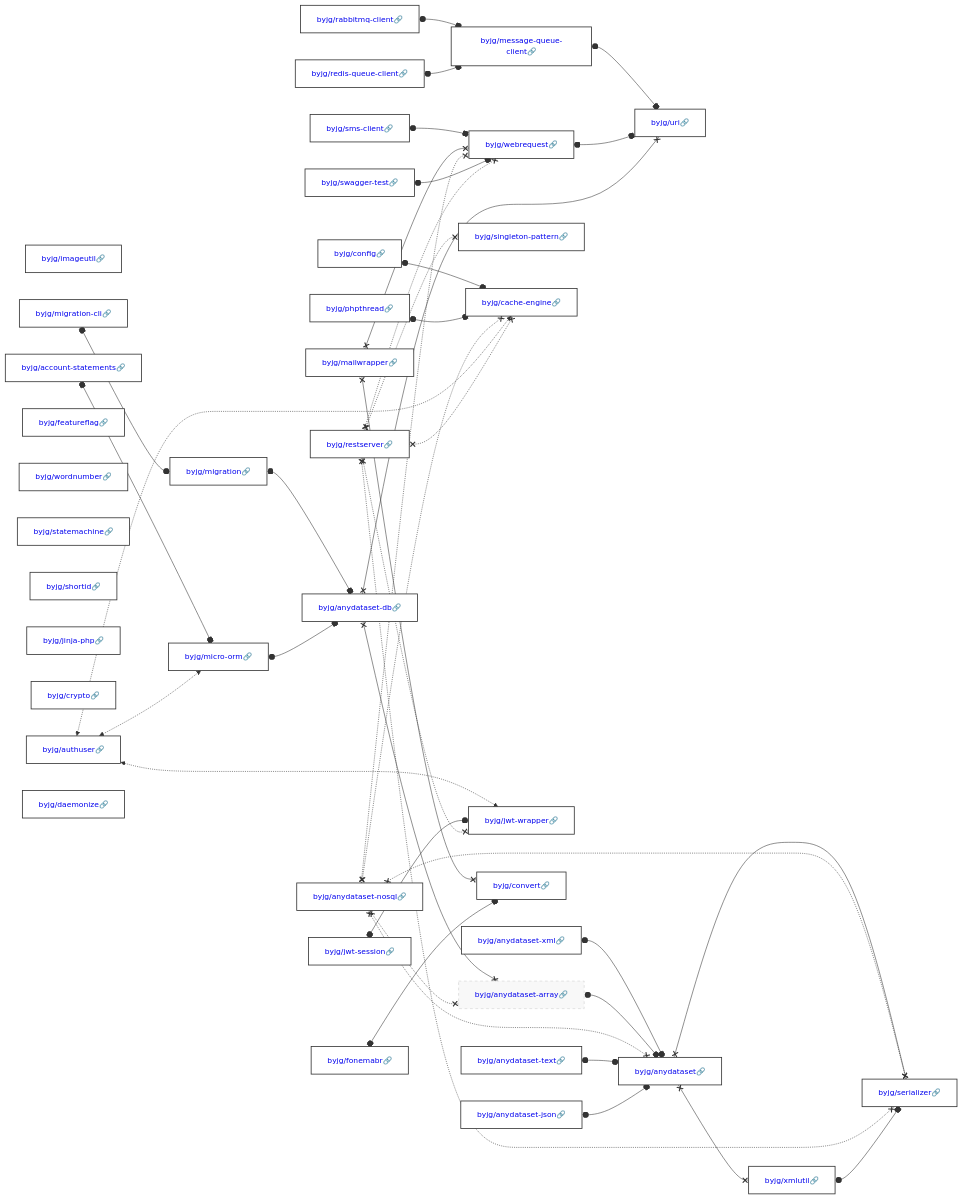
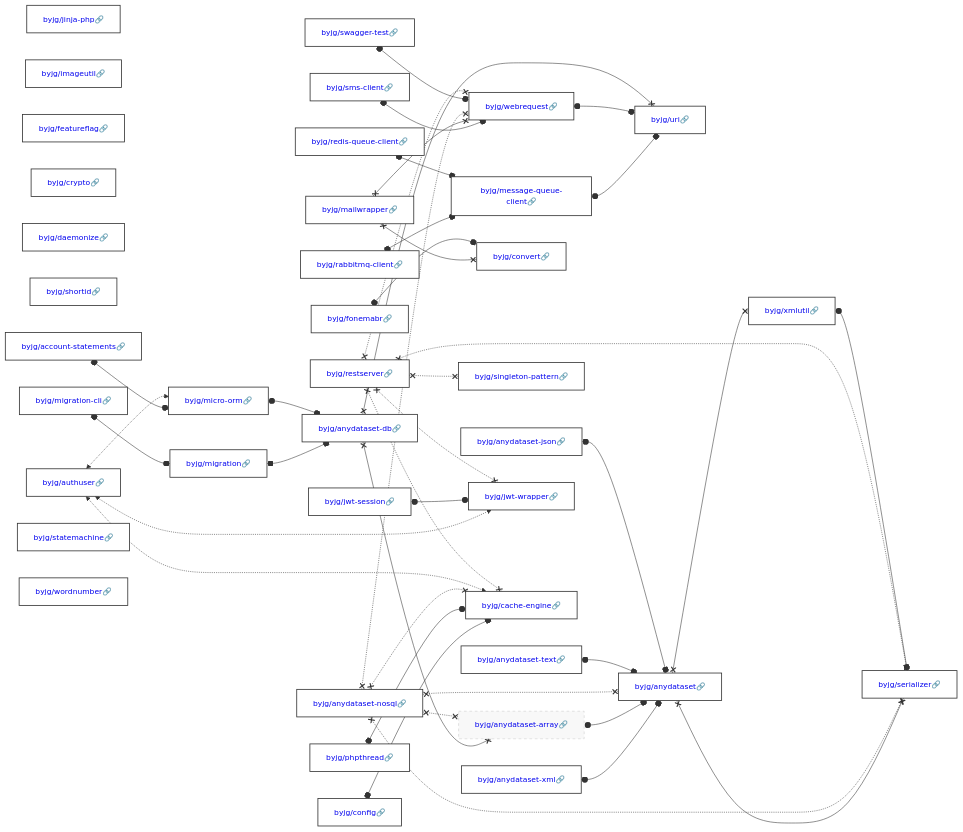
One commit to byjg/byjg.github.io changed the diagram in docs/php/README.md. Above: the diagram before and after it, drawn with Mermaid. The commit also changed other lines of this file, not shown here.

Commit message:
Update documentation 'php' 'php-account-statements'

````diff
--- a/docs/php/README.md
+++ b/docs/php/README.md
@@ -3,38 +3,38 @@
 ```mermaid
 graph LR;
+  byjg/anydataset-nosql[<a href='https://opensource.byjg.com/docs/php/anydataset-nosql' style='text-decoration:none'>byjg/anydataset-nosql🔗</a>];
+  byjg/jinja-php[<a href='https://opensource.byjg.com/docs/php/jinja-php' style='text-decoration:none'>byjg/jinja-php🔗</a>];
+  byjg/swagger-test[<a href='https://opensource.byjg.com/docs/php/swagger-test' style='text-decoration:none'>byjg/swagger-test🔗</a>];
+  byjg/imageutil[<a href='https://opensource.byjg.com/docs/php/imageutil' style='text-decoration:none'>byjg/imageutil🔗</a>];
+  byjg/sms-client[<a href='https://opensource.byjg.com/docs/php/sms-client' style='text-decoration:none'>byjg/sms-client🔗</a>];
   byjg/config[<a href='https://opensource.byjg.com/docs/php/config' style='text-decoration:none'>byjg/config🔗</a>];
+  byjg/fonemabr[<a href='https://opensource.byjg.com/docs/php/fonemabr' style='text-decoration:none'>byjg/fonemabr🔗</a>];
+  byjg/mailwrapper[<a href='https://opensource.byjg.com/docs/php/mailwrapper' style='text-decoration:none'>byjg/mailwrapper🔗</a>];
+  byjg/featureflag[<a href='https://opensource.byjg.com/docs/php/featureflag' style='text-decoration:none'>byjg/featureflag🔗</a>];
+  byjg/crypto[<a href='https://opensource.byjg.com/docs/php/crypto' style='text-decoration:none'>byjg/crypto🔗</a>];
+  byjg/daemonize[<a href='https://opensource.byjg.com/docs/php/daemonize' style='text-decoration:none'>byjg/daemonize🔗</a>];
+  byjg/rabbitmq-client[<a href='https://opensource.byjg.com/docs/php/rabbitmq-client' style='text-decoration:none'>byjg/rabbitmq-client🔗</a>];
+  byjg/jwt-session[<a href='https://opensource.byjg.com/docs/php/jwt-session' style='text-decoration:none'>byjg/jwt-session🔗</a>];
+  byjg/redis-queue-client[<a href='https://opensource.byjg.com/docs/php/redis-queue-client' style='text-decoration:none'>byjg/redis-queue-client🔗</a>];
+  byjg/anydataset-xml[<a href='https://opensource.byjg.com/docs/php/anydataset-xml' style='text-decoration:none'>byjg/anydataset-xml🔗</a>];
+  byjg/restserver[<a href='https://opensource.byjg.com/docs/php/restserver' style='text-decoration:none'>byjg/restserver🔗</a>];
+  byjg/shortid[<a href='https://opensource.byjg.com/docs/php/shortid' style='text-decoration:none'>byjg/shortid🔗</a>];
+  byjg/migration-cli[<a href='https://opensource.byjg.com/docs/php/migration-cli' style='text-decoration:none'>byjg/migration-cli🔗</a>];
+  byjg/account-statements[<a href='https://opensource.byjg.com/docs/php/account-statements' style='text-decoration:none'>byjg/account-statements🔗</a>];
+  byjg/anydataset-text[<a href='https://opensource.byjg.com/docs/php/anydataset-text' style='text-decoration:none'>byjg/anydataset-text🔗</a>];
+  byjg/authuser[<a href='https://opensource.byjg.com/docs/php/authuser' style='text-decoration:none'>byjg/authuser🔗</a>];
+  byjg/statemachine[<a href='https://opensource.byjg.com/docs/php/statemachine' style='text-decoration:none'>byjg/statemachine🔗</a>];
   byjg/phpthread[<a href='https://opensource.byjg.com/docs/php/phpthread' style='text-decoration:none'>byjg/phpthread🔗</a>];
-  byjg/anydataset-nosql[<a href='https://opensource.byjg.com/docs/php/anydataset-nosql' style='text-decoration:none'>byjg/anydataset-nosql🔗</a>];
-  byjg/imageutil[<a href='https://opensource.byjg.com/docs/php/imageutil' style='text-decoration:none'>byjg/imageutil🔗</a>];
-  byjg/swagger-test[<a href='https://opensource.byjg.com/docs/php/swagger-test' style='text-decoration:none'>byjg/swagger-test🔗</a>];
-  byjg/fonemabr[<a href='https://opensource.byjg.com/docs/php/fonemabr' style='text-decoration:none'>byjg/fonemabr🔗</a>];
-  byjg/account-statements[<a href='https://opensource.byjg.com/docs/php/account-statements' style='text-decoration:none'>byjg/account-statements🔗</a>];
-  byjg/jwt-session[<a href='https://opensource.byjg.com/docs/php/jwt-session' style='text-decoration:none'>byjg/jwt-session🔗</a>];
-  byjg/authuser[<a href='https://opensource.byjg.com/docs/php/authuser' style='text-decoration:none'>byjg/authuser🔗</a>];
-  byjg/featureflag[<a href='https://opensource.byjg.com/docs/php/featureflag' style='text-decoration:none'>byjg/featureflag🔗</a>];
+  byjg/anydataset-json[<a href='https://opensource.byjg.com/docs/php/anydataset-json' style='text-decoration:none'>byjg/anydataset-json🔗</a>];
   byjg/wordnumber[<a href='https://opensource.byjg.com/docs/php/wordnumber' style='text-decoration:none'>byjg/wordnumber🔗</a>];
-  byjg/sms-client[<a href='https://opensource.byjg.com/docs/php/sms-client' style='text-decoration:none'>byjg/sms-client🔗</a>];
-  byjg/statemachine[<a href='https://opensource.byjg.com/docs/php/statemachine' style='text-decoration:none'>byjg/statemachine🔗</a>];
-  byjg/shortid[<a href='https://opensource.byjg.com/docs/php/shortid' style='text-decoration:none'>byjg/shortid🔗</a>];
-  byjg/restserver[<a href='https://opensource.byjg.com/docs/php/restserver' style='text-decoration:none'>byjg/restserver🔗</a>];
-  byjg/jinja-php[<a href='https://opensource.byjg.com/docs/php/jinja-php' style='text-decoration:none'>byjg/jinja-php🔗</a>];
-  byjg/anydataset-json[<a href='https://opensource.byjg.com/docs/php/anydataset-json' style='text-decoration:none'>byjg/anydataset-json🔗</a>];
-  byjg/crypto[<a href='https://opensource.byjg.com/docs/php/crypto' style='text-decoration:none'>byjg/crypto🔗</a>];
-  byjg/rabbitmq-client[<a href='https://opensource.byjg.com/docs/php/rabbitmq-client' style='text-decoration:none'>byjg/rabbitmq-client🔗</a>];
-  byjg/redis-queue-client[<a href='https://opensource.byjg.com/docs/php/redis-queue-client' style='text-decoration:none'>byjg/redis-queue-client🔗</a>];
-  byjg/mailwrapper[<a href='https://opensource.byjg.com/docs/php/mailwrapper' style='text-decoration:none'>byjg/mailwrapper🔗</a>];
-  byjg/migration-cli[<a href='https://opensource.byjg.com/docs/php/migration-cli' style='text-decoration:none'>byjg/migration-cli🔗</a>];
-  byjg/daemonize[<a href='https://opensource.byjg.com/docs/php/daemonize' style='text-decoration:none'>byjg/daemonize🔗</a>];
-  byjg/anydataset-text[<a href='https://opensource.byjg.com/docs/php/anydataset-text' style='text-decoration:none'>byjg/anydataset-text🔗</a>];
-  byjg/anydataset-xml[<a href='https://opensource.byjg.com/docs/php/anydataset-xml' style='text-decoration:none'>byjg/anydataset-xml🔗</a>];
-  byjg/micro-orm[<a href='https://opensource.byjg.com/docs/php/micro-orm' style='text-decoration:none'>byjg/micro-orm🔗</a>];
+  byjg/convert[<a href='https://opensource.byjg.com/docs/php/convert' style='text-decoration:none'>byjg/convert🔗</a>];
+  byjg/message-queue-client[<a href='https://opensource.byjg.com/docs/php/message-queue-client' style='text-decoration:none'>byjg/message-queue-client🔗</a>];
   byjg/singleton-pattern[<a href='https://opensource.byjg.com/docs/php/singleton-pattern' style='text-decoration:none'>byjg/singleton-pattern🔗</a>];
-  byjg/cache-engine[<a href='https://opensource.byjg.com/docs/php/cache-engine' style='text-decoration:none'>byjg/cache-engine🔗</a>];
-  byjg/jwt-wrapper[<a href='https://opensource.byjg.com/docs/php/jwt-wrapper' style='text-decoration:none'>byjg/jwt-wrapper🔗</a>];
-  byjg/message-queue-client[<a href='https://opensource.byjg.com/docs/php/message-queue-client' style='text-decoration:none'>byjg/message-queue-client🔗</a>];
-  byjg/convert[<a href='https://opensource.byjg.com/docs/php/convert' style='text-decoration:none'>byjg/convert🔗</a>];
   byjg/webrequest[<a href='https://opensource.byjg.com/docs/php/webrequest' style='text-decoration:none'>byjg/webrequest🔗</a>];
   byjg/migration[<a href='https://opensource.byjg.com/docs/php/migration' style='text-decoration:none'>byjg/migration🔗</a>];
+  byjg/micro-orm[<a href='https://opensource.byjg.com/docs/php/micro-orm' style='text-decoration:none'>byjg/micro-orm🔗</a>];
+  byjg/jwt-wrapper[<a href='https://opensource.byjg.com/docs/php/jwt-wrapper' style='text-decoration:none'>byjg/jwt-wrapper🔗</a>];
+  byjg/cache-engine[<a href='https://opensource.byjg.com/docs/php/cache-engine' style='text-decoration:none'>byjg/cache-engine🔗</a>];
   byjg/anydataset-db[<a href='https://opensource.byjg.com/docs/php/anydataset-db' style='text-decoration:none'>byjg/anydataset-db🔗</a>];
   byjg/anydataset-array[<a href='https://opensource.byjg.com/docs/php/anydataset-array' style='text-decoration:none'>byjg/anydataset-array🔗</a>];
   byjg/uri[<a href='https://opensource.byjg.com/docs/php/uri' style='text-decoration:none'>byjg/uri🔗</a>];
````
